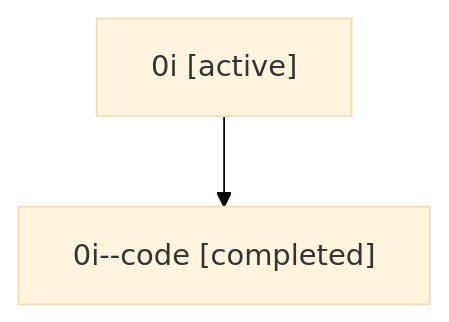
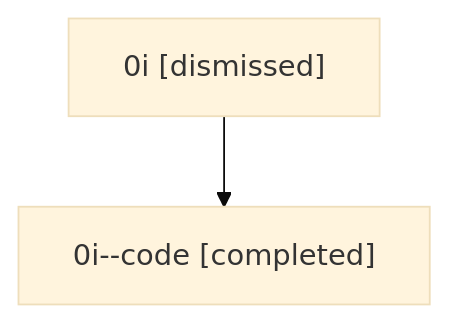
Before and after one commit to sase-org/sase--agents: the diagram in sessions/bbugyi200.athena.0i.md, drawn with Mermaid (base theme). The commit also changed other lines of this file and 27 other files, not shown here.

````diff
--- a/sessions/bbugyi200.athena.0i.md
+++ b/sessions/bbugyi200.athena.0i.md
@@ -9,6 +9,6 @@
 ```mermaid
 flowchart TD
-  n0["0i [active]"]
+  n0["0i [dismissed]"]
   n1["0i--code [completed]"]
   n0 --> n1
 ```
````
